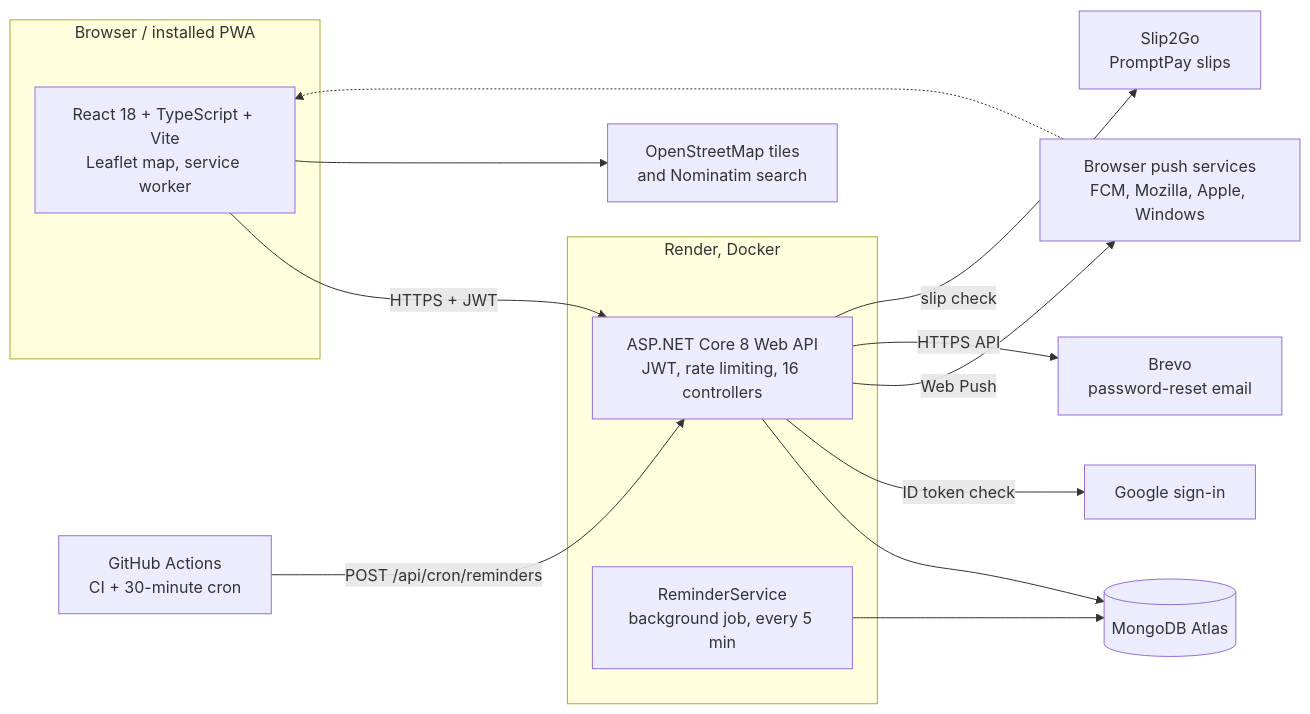
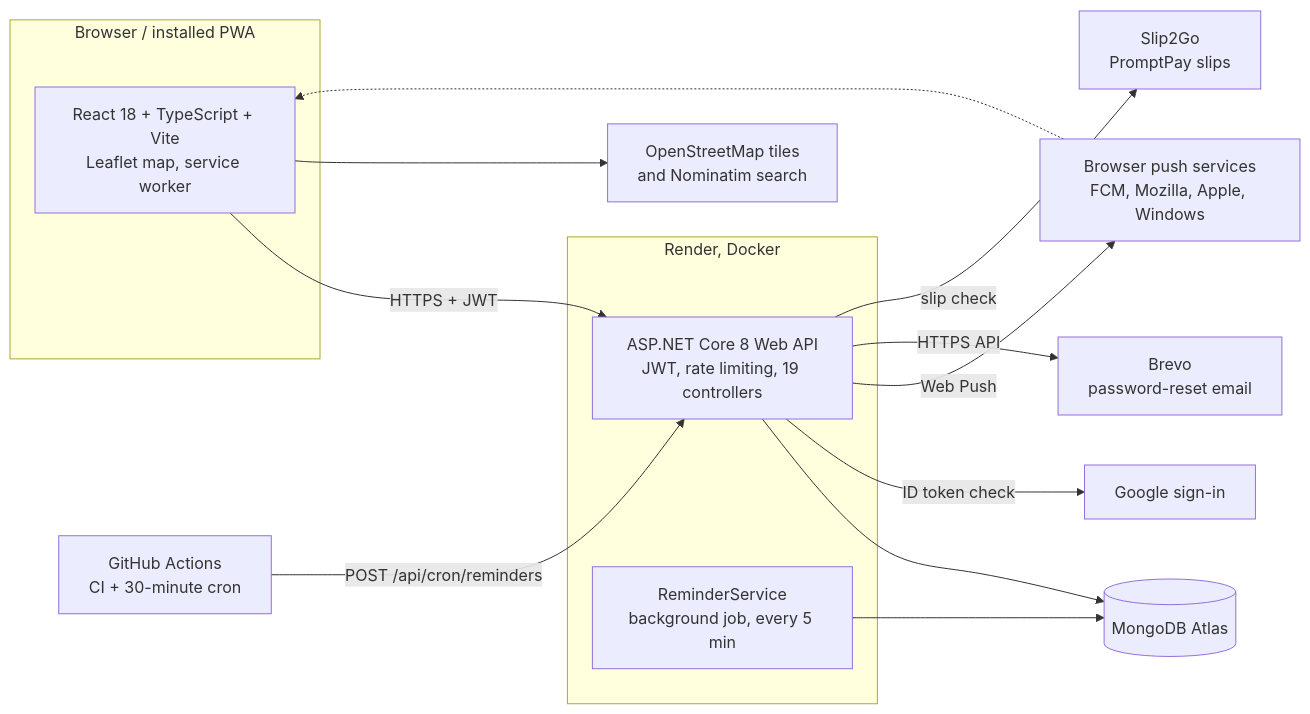
Before and after one commit to namethzz/Air-clean-: the first of 2 diagrams in README.en.md, drawn with Mermaid. The commit also changed other lines of this file and 6 other files, not shown here.

````diff
--- a/README.en.md
+++ b/README.en.md
@@ -72,21 +74,21 @@
 ```mermaid
 flowchart LR
   subgraph Client["Browser / installed PWA"]
     SPA["React 18 + TypeScript + Vite<br/>Leaflet map, service worker"]
   end
   subgraph Render["Render, Docker"]
-    API["ASP.NET Core 8 Web API<br/>JWT, rate limiting, 16 controllers"]
+    API["ASP.NET Core 8 Web API<br/>JWT, rate limiting, 19 controllers"]
     BG["ReminderService<br/>background job, every 5 min"]
   end
   DB[("MongoDB Atlas")]
   SPA -- "HTTPS + JWT" --> API
   API --> DB
   BG --> DB
   API -- "ID token check" --> OIDC["Google sign-in"]
   API -- "Web Push" --> PUSH["Browser push services<br/>FCM, Mozilla, Apple, Windows"]
   PUSH -.-> SPA
   API -- "HTTPS API" --> MAIL["Brevo<br/>password-reset email"]
   API -- "slip check" --> SLIP["Slip2Go<br/>PromptPay slips"]
   GHA["GitHub Actions<br/>CI + 30-minute cron"] -- "POST /api/cron/reminders" --> API
   SPA --> OSM["OpenStreetMap tiles<br/>and Nominatim search"]
 ```
````
